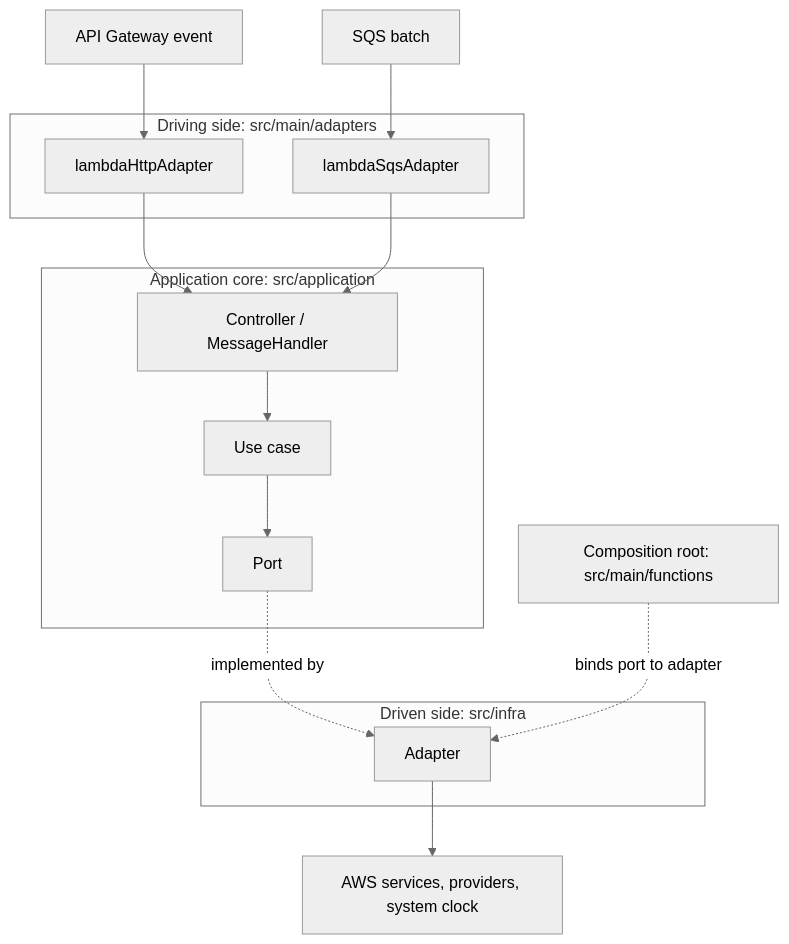
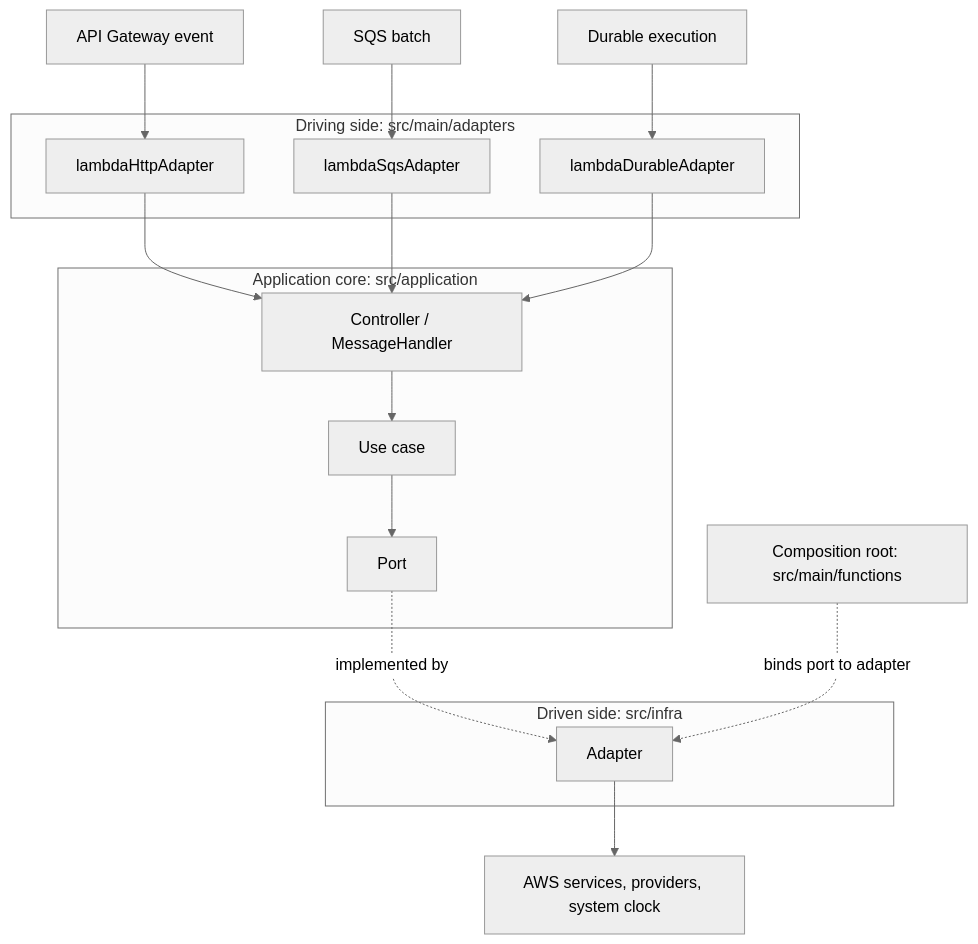
The first of 3 diagrams in docs/architecture/code-structure.md (gabrielroriz/aws-resilient-payment-flow), drawn with Mermaid (neutral theme) before and after one commit. The commit also changed other lines of this file and 58 other files, not shown here.

First line of the commit message:
feat: grant subscription access through a durable workflow

````diff
--- a/docs/architecture/code-structure.md
+++ b/docs/architecture/code-structure.md
@@ -15,26 +15,30 @@
 ```mermaid
 flowchart TD
     Event["API Gateway event"]
     QueueEvent["SQS batch"]
+    WorkflowEvent["Durable execution"]
     subgraph Driving["Driving side: src/main/adapters"]
         HttpAdapter["lambdaHttpAdapter"]
         SqsAdapter["lambdaSqsAdapter"]
+        DurableAdapter["lambdaDurableAdapter"]
     end
     subgraph Core["Application core: src/application"]
         Controller["Controller / MessageHandler"] --> UseCase["Use case"]
         UseCase --> Port["Port"]
     end
     subgraph Driven["Driven side: src/infra"]
         Adapter["Adapter"]
     end
     External["AWS services, providers, system clock"]
     Entry["Composition root: src/main/functions"]
 
     Event --> HttpAdapter
     HttpAdapter --> Controller
     QueueEvent --> SqsAdapter
     SqsAdapter --> Controller
+    WorkflowEvent --> DurableAdapter
+    DurableAdapter --> Controller
     Port -. implemented by .-> Adapter
     Adapter --> External
     Entry -. binds port to adapter .-> Adapter
 ```
````
